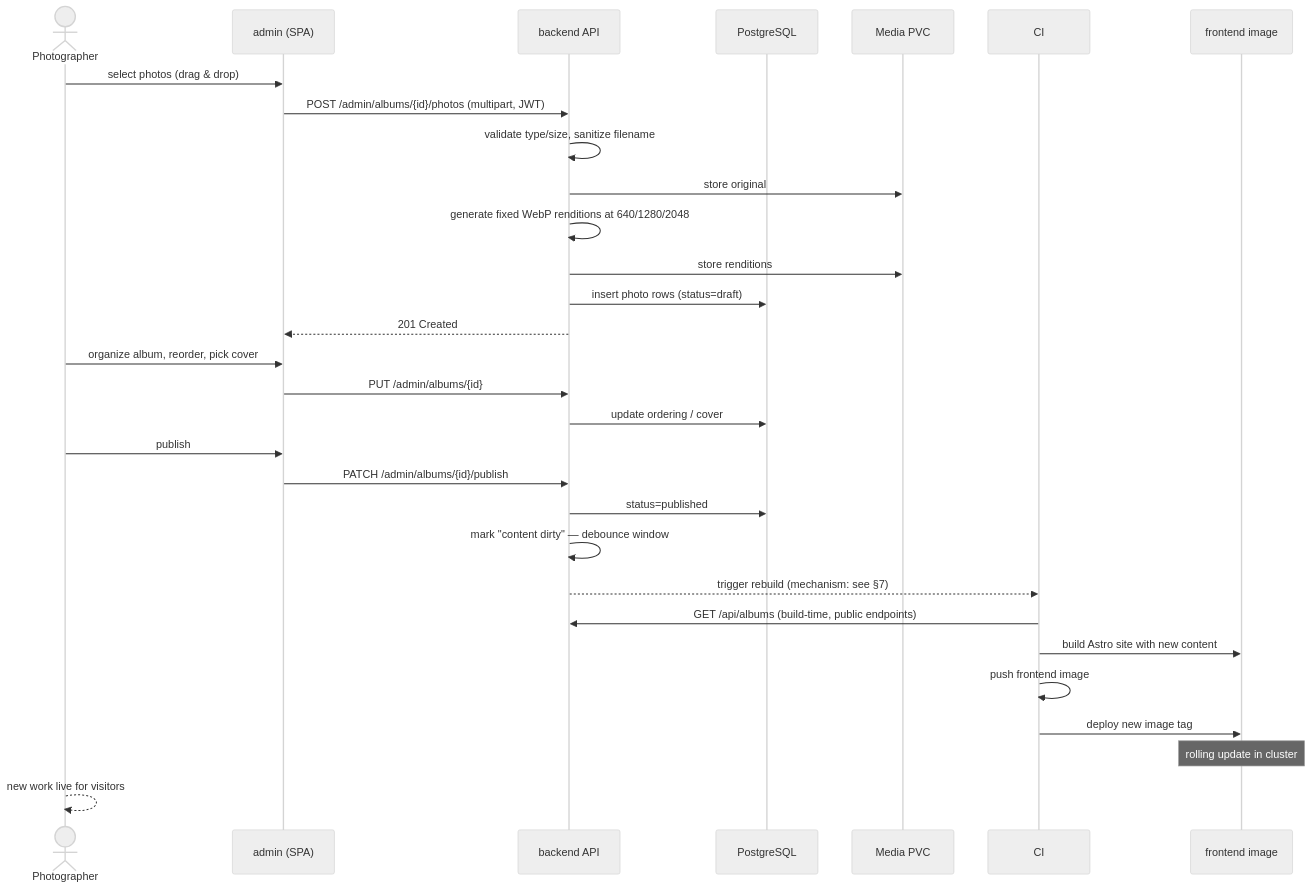
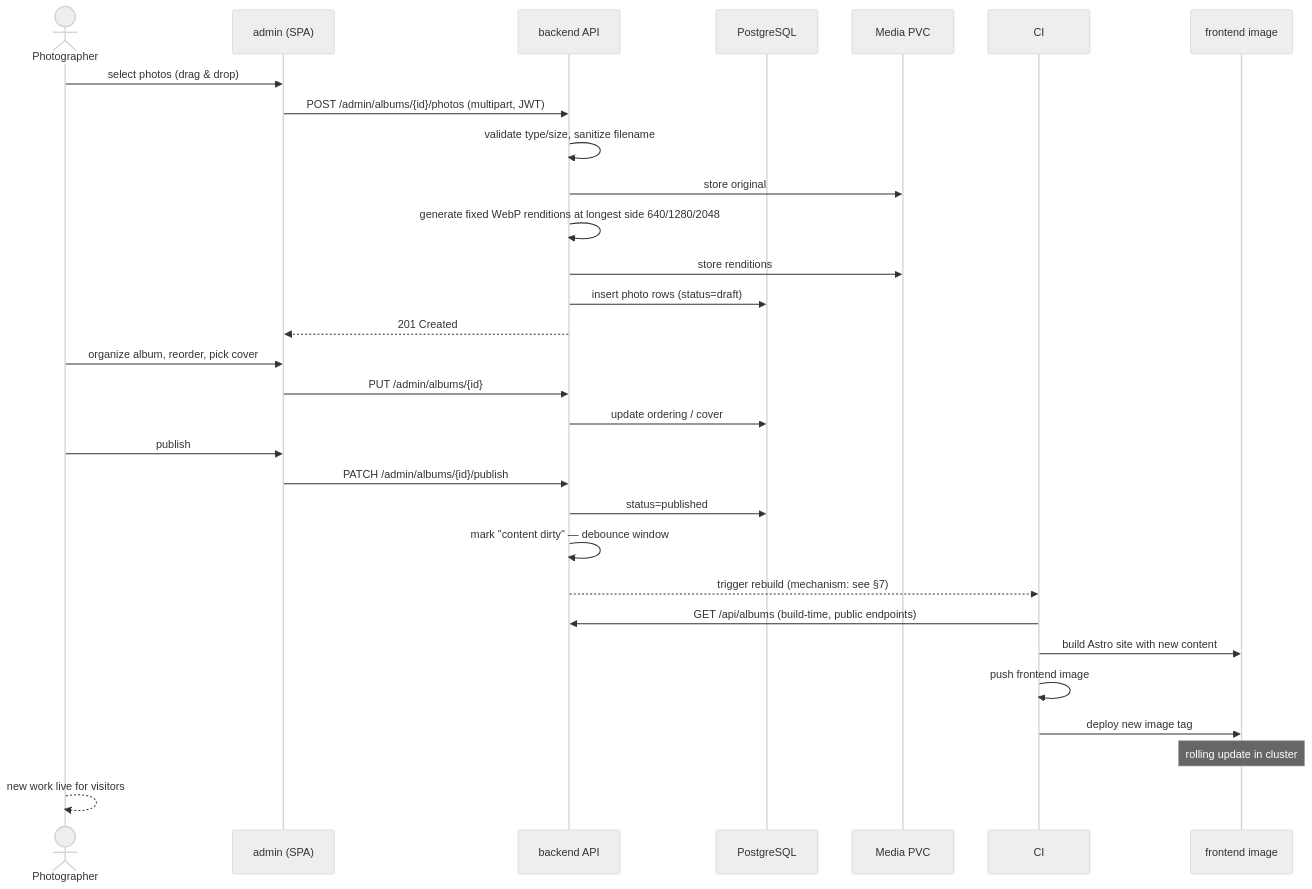
One commit to toledobrendo/btagila-portfolio changed the third of 5 diagrams in ARCHITECTURE.md. Above: the diagram before and after it, drawn with Mermaid (neutral theme). The commit also changed other lines of this file and 10 other files, not shown here.

````diff
--- a/ARCHITECTURE.md
+++ b/ARCHITECTURE.md
@@ -105,37 +107,37 @@
 ```mermaid
 sequenceDiagram
     actor Ph as Photographer
     participant Admin as admin (SPA)
     participant API as backend API
     participant DB as PostgreSQL
     participant Vol as Media PVC
     participant CI as CI
     participant FE as frontend image
 
     Ph->>Admin: select photos (drag & drop)
     Admin->>API: POST /admin/albums/{id}/photos (multipart, JWT)
     API->>API: validate type/size, sanitize filename
     API->>Vol: store original
-    API->>API: generate fixed WebP renditions at 640/1280/2048
+    API->>API: generate fixed WebP renditions at longest side 640/1280/2048
     API->>Vol: store renditions
     API->>DB: insert photo rows (status=draft)
     API-->>Admin: 201 Created
 
     Ph->>Admin: organize album, reorder, pick cover
     Admin->>API: PUT /admin/albums/{id}
     API->>DB: update ordering / cover
 
     Ph->>Admin: publish
     Admin->>API: PATCH /admin/albums/{id}/publish
     API->>DB: status=published
     API->>API: mark "content dirty" — debounce window
     API-->>CI: trigger rebuild (mechanism: see §7)
 
     CI->>API: GET /api/albums (build-time, public endpoints)
     CI->>FE: build Astro site with new content
     CI->>CI: push frontend image
     CI->>FE: deploy new image tag
     Note over FE: rolling update in cluster
 
     Ph-->>Ph: new work live for visitors
 ```
````
